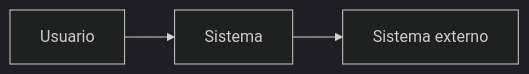
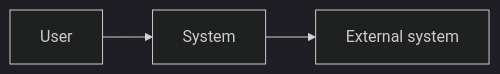
The diagram in docs/architecture/architecture.md (Enekoitz/Facturity), drawn with Mermaid (dark theme) before and after one commit. The commit also changed other lines of this file and 25 other files, not shown here.

````diff
--- a/docs/architecture/architecture.md
+++ b/docs/architecture/architecture.md
@@ -18,5 +18,5 @@
 ```mermaid
 flowchart LR
-    U[Usuario] --> S[Sistema]
-    S --> E[Sistema externo]
+U[User] --> S[System]
+S --> E[External system]
 ```
````
